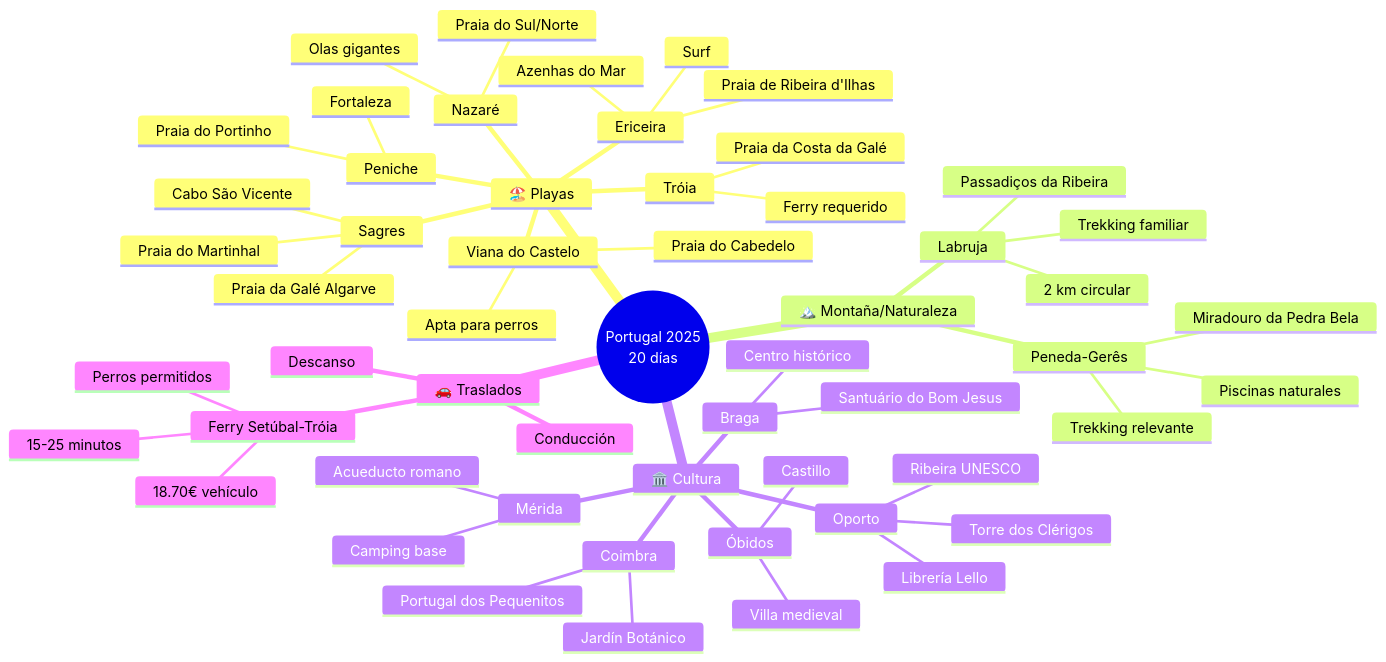
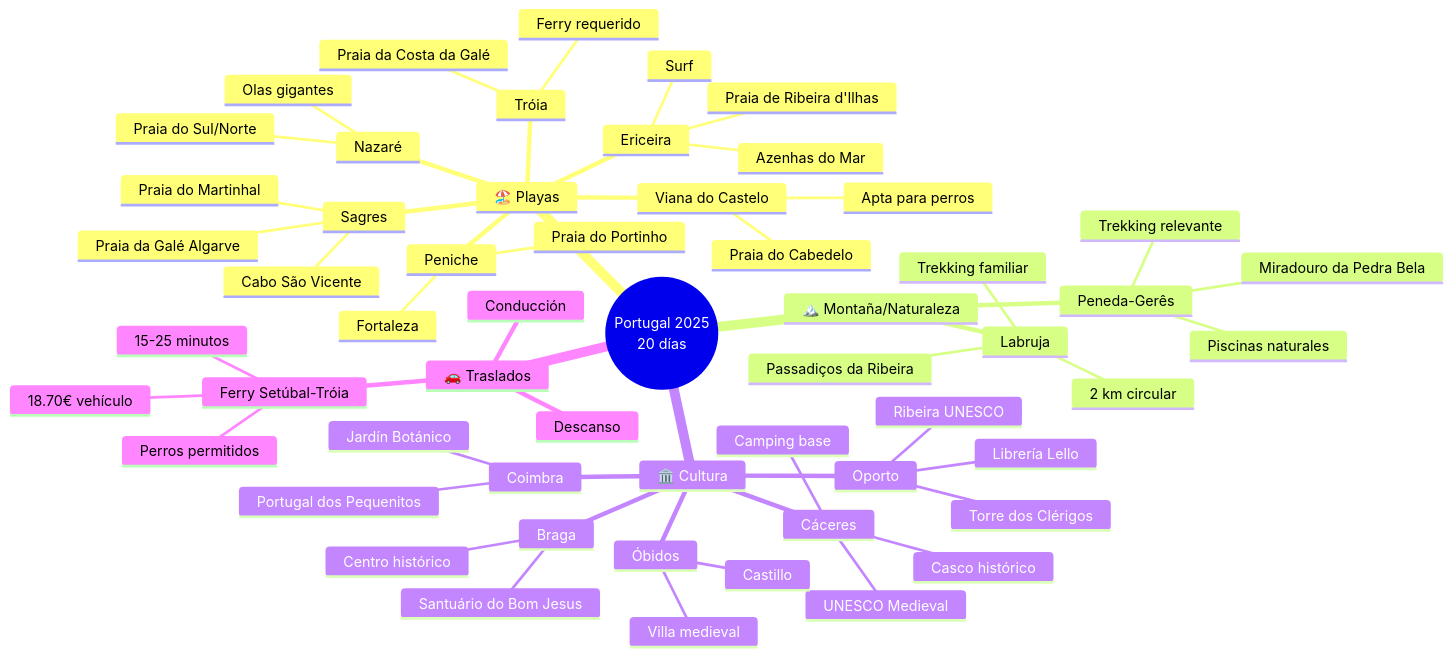
Before and after one commit to carlosrodlop/carlosrodlop-docs: the second of 4 diagrams in trips/Portugal_2025.md, drawn with Mermaid. The commit also changed other lines of this file, not shown here.

````diff
--- a/trips/Portugal_2025.md
+++ b/trips/Portugal_2025.md
@@ -279,58 +280,59 @@
 ```mermaid
 mindmap
   root((Portugal 2025<br/>20 días))
     🏖️ Playas
       Viana do Castelo
         Praia do Cabedelo
         Apta para perros
       Nazaré
         Praia do Sul/Norte
         Olas gigantes
       Peniche
         Praia do Portinho
         Fortaleza
       Ericeira
         Praia de Ribeira d'Ilhas
         Surf
         Azenhas do Mar
       Tróia
         Praia da Costa da Galé
         Ferry requerido
       Sagres
         Praia do Martinhal
         Cabo São Vicente
         Praia da Galé Algarve
     🏔️ Montaña/Naturaleza
       Peneda-Gerês
         Miradouro da Pedra Bela
         Piscinas naturales
         Trekking relevante
       Labruja
         Passadiços da Ribeira
         Trekking familiar
         2 km circular
     🏛️ Cultura
-      Mérida
-        Acueducto romano
+      Cáceres
+        UNESCO Medieval
+        Casco histórico
         Camping base
       Braga
         Santuário do Bom Jesus
         Centro histórico
       Oporto
         Librería Lello
         Torre dos Clérigos
         Ribeira UNESCO
       Coimbra
         Portugal dos Pequenitos
         Jardín Botánico
       Óbidos
         Villa medieval
         Castillo
     🚗 Traslados
       Conducción
       Descanso
       Ferry Setúbal-Tróia
         15-25 minutos
         18.70€ vehículo
         Perros permitidos
 ```
````
